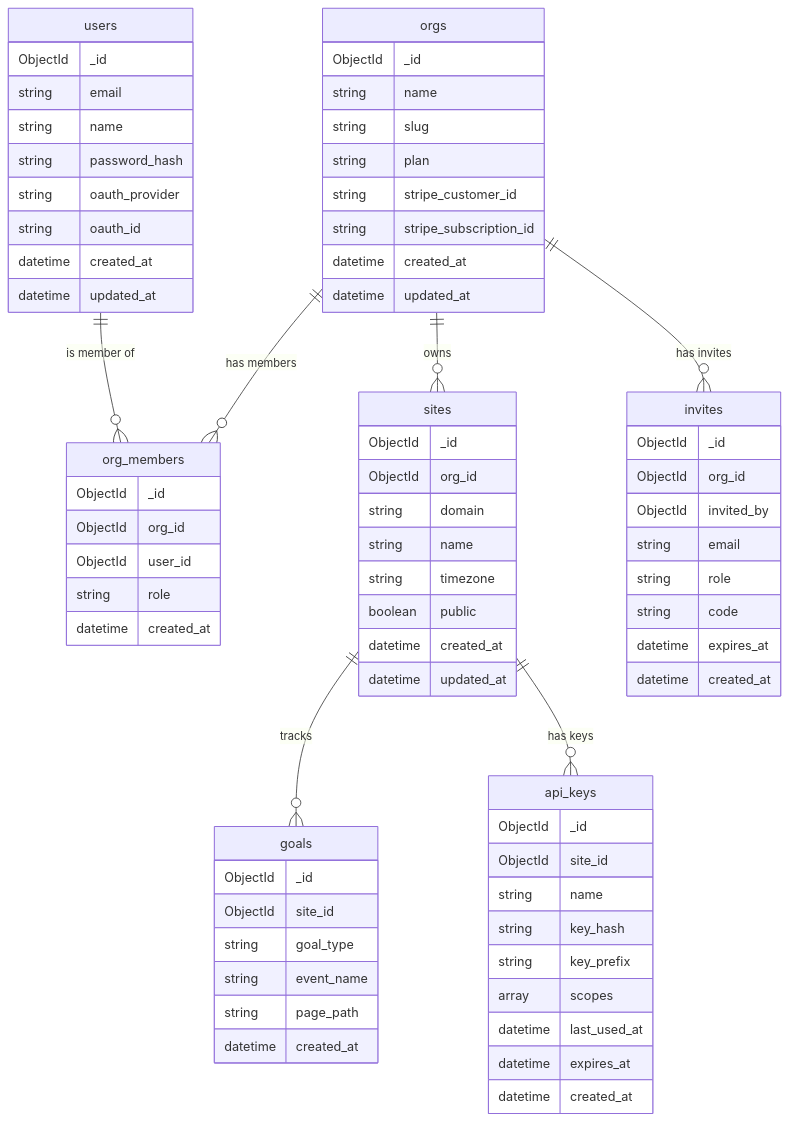
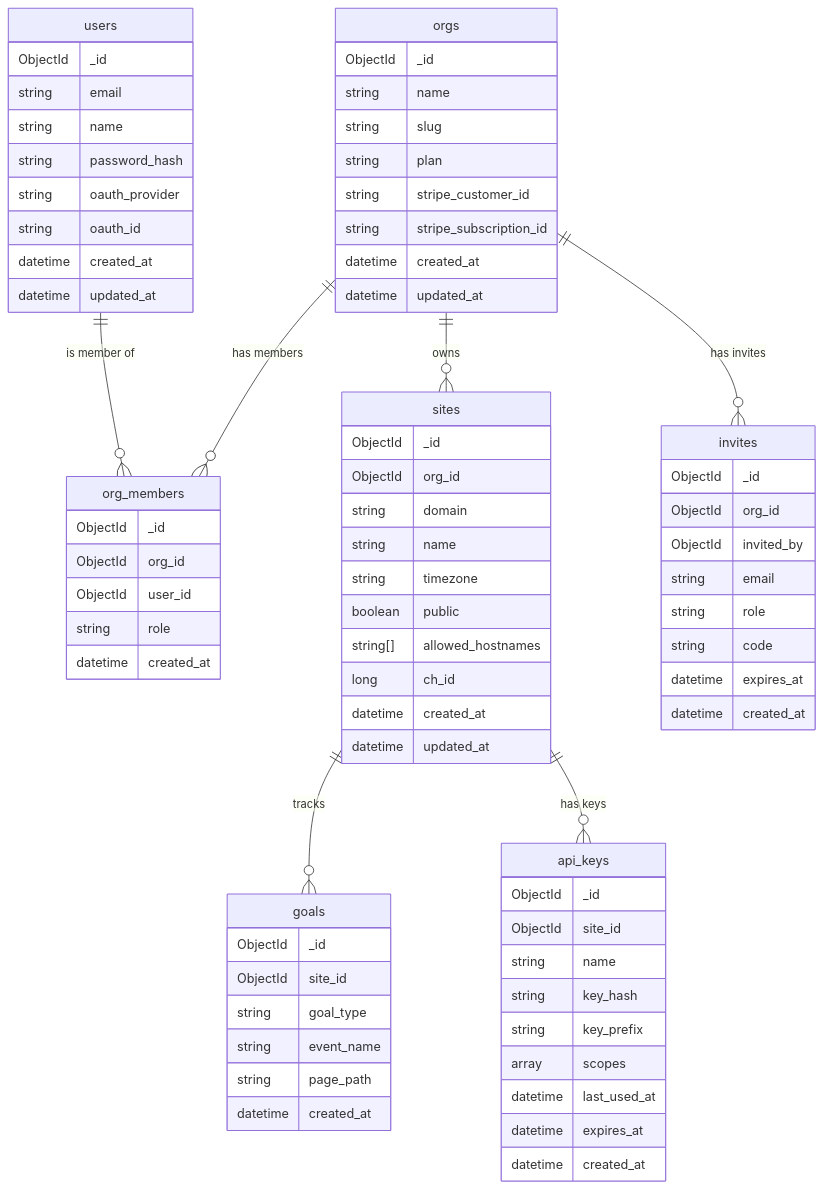
Before and after one commit to gjovanov/purestat: the diagram in docs/data-model.md, drawn with Mermaid. The commit also changed other lines of this file and 28 other files, not shown here.

```diff
--- a/docs/data-model.md
+++ b/docs/data-model.md
@@ -57,6 +57,8 @@
         string name
         string timezone
         boolean public
+        string[] allowed_hostnames
+        long ch_id
         datetime created_at
         datetime updated_at
     }
```
